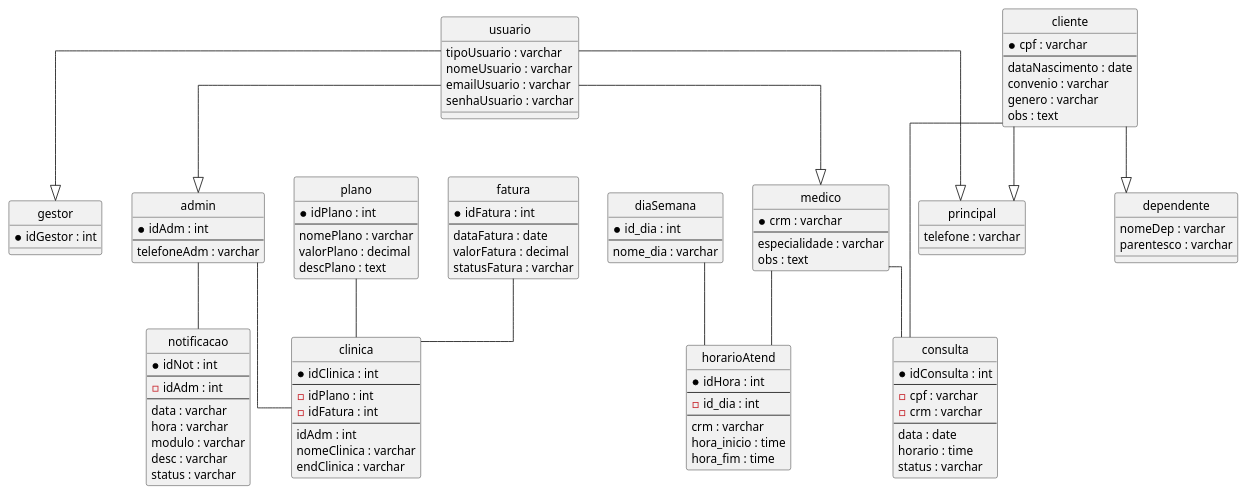
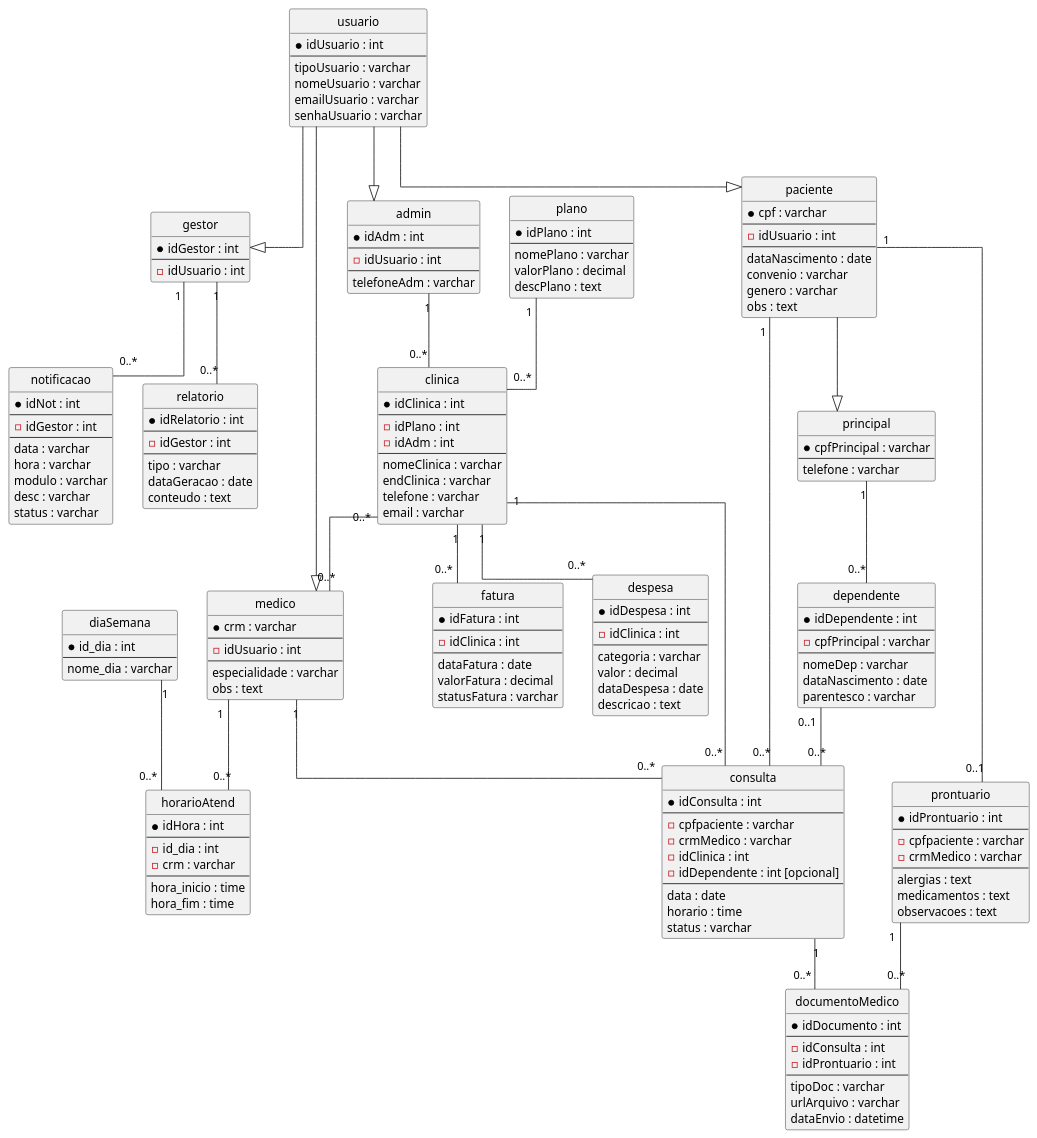
One commit to InsaneCaio/SICA changed the diagram in docs/diagrama ER.md. Above: the diagram before and after it, drawn with PlantUML. The commit also changed other lines of this file, not shown here.

Commit message:
Update ER diagram with new entities and relationships

````diff
--- a/docs/diagrama ER.md
+++ b/docs/diagrama ER.md
@@ -10,6 +11,8 @@
 skinparam linetype ortho
 
 entity "usuario" as usuario {
+    * idUsuario : int
+    --
     tipoUsuario : varchar
     nomeUsuario : varchar
     emailUsuario : varchar
@@ -18,22 +21,14 @@
 
 entity "gestor" as gestor {
     * idGestor : int
-}
-
-entity "notificacao" as notificacao {
-    * idNot : int
     --
-    - idAdm : int
-    --
-    data : varchar
-    hora : varchar
-    modulo : varchar
-    desc : varchar
-    status : varchar
+    - idUsuario : int
 }
 
 entity "admin" as admin {
     * idAdm : int
+    --
+    - idUsuario : int
     --
     telefoneAdm : varchar
 }
@@ -41,8 +36,49 @@
 entity "medico" as medico {
     * crm : varchar
     --
+    - idUsuario : int
+    --
     especialidade : varchar
     obs : text
+}
+
+entity "paciente" as paciente {
+    * cpf : varchar
+    --
+    - idUsuario : int
+    --
+    dataNascimento : date
+    convenio : varchar
+    genero : varchar
+    obs : text
+}
+
+entity "principal" as principal {
+    * cpfPrincipal : varchar
+    --
+    telefone : varchar
+}
+
+entity "dependente" as dependente {
+    * idDependente : int
+    --
+    - cpfPrincipal : varchar
+    --
+    nomeDep : varchar
+    dataNascimento : date
+    parentesco : varchar
+}
+
+entity "notificacao" as notificacao {
+    * idNot : int
+    --
+    - idGestor : int
+    --
+    data : varchar
+    hora : varchar
+    modulo : varchar
+    desc : varchar
+    status : varchar
 }
 
 entity "diaSemana" as diaSemana {
@@ -55,28 +91,10 @@
     * idHora : int
     --
     - id_dia : int
+    - crm : varchar
     --
-    crm : varchar
     hora_inicio : time
     hora_fim : time
-}
-
-entity "cliente" as cliente {
-    * cpf : varchar
-    --
-    dataNascimento : date
-    convenio : varchar
-    genero : varchar
-    obs : text
-}
-
-entity "principal" as principal {
-    telefone : varchar
-}
-
-entity "dependente" as dependente {
-    nomeDep : varchar
-    parentesco : varchar
 }
 
 entity "plano" as plano {
@@ -91,51 +109,110 @@
     * idClinica : int
     --
     - idPlano : int
-    - idFatura : int
+    - idAdm : int
     --
-    idAdm : int
     nomeClinica : varchar
     endClinica : varchar
+    telefone : varchar
+    email : varchar
 }
 
 entity "fatura" as fatura {
     * idFatura : int
+    --
+    - idClinica : int
     --
     dataFatura : date
     valorFatura : decimal
     statusFatura : varchar
 }
 
+entity "despesa" as despesa {
+    * idDespesa : int
+    --
+    - idClinica : int
+    --
+    categoria : varchar
+    valor : decimal
+    dataDespesa : date
+    descricao : text
+}
+
+entity "relatorio" as relatorio {
+    * idRelatorio : int
+    --
+    - idGestor : int
+    --
+    tipo : varchar
+    dataGeracao : date
+    conteudo : text
+}
+
 entity "consulta" as consulta {
     * idConsulta : int
     --
-    - cpf : varchar
-    - crm : varchar
+    - cpfpaciente : varchar
+    - crmMedico : varchar
+    - idClinica : int
+    - idDependente : int [opcional]
     --
     data : date
     horario : time
     status : varchar
 }
 
+entity "prontuario" as prontuario {
+    * idProntuario : int
+    --
+    - cpfpaciente : varchar
+    - crmMedico : varchar
+    --
+    alergias : text
+    medicamentos : text
+    observacoes : text
+}
+
+entity "documentoMedico" as documentoMedico {
+    * idDocumento : int
+    --
+    - idConsulta : int
+    - idProntuario : int
+    --
+    tipoDoc : varchar
+    urlArquivo : varchar
+    dataEnvio : datetime
+}
+
 ' HERANÇA
 usuario --|> gestor
 usuario --|> admin
 usuario --|> medico
-usuario --|> principal
+usuario --|> paciente
 
-cliente --|> principal
-cliente --|> dependente
+paciente --|> principal
 
 ' RELACIONAMENTOS
-medico -- horarioAtend
-diaSemana -- horarioAtend
+principal "1" -- "0..*" dependente
+medico "1" -- "0..*" horarioAtend
+diaSemana "1" -- "0..*" horarioAtend
 
-plano -- clinica
-admin -- clinica
-admin -- notificacao
-fatura -- clinica
+plano "1" -- "0..*" clinica
+admin "1" -- "0..*" clinica
+gestor "1" -- "0..*" notificacao
+gestor "1" -- "0..*" relatorio
 
-cliente -- consulta
-medico -- consulta
+clinica "1" -- "0..*" fatura
+clinica "1" -- "0..*" despesa
+clinica "0..*" -- "0..*" medico
+
+paciente "1" -- "0..*" consulta
+medico "1" -- "0..*" consulta
+clinica "1" -- "0..*" consulta
+dependente "0..1" -- "0..*" consulta
+
+paciente "1" -- "0..1" prontuario
+prontuario "1" -- "0..*" documentoMedico
+consulta "1" -- "0..*" documentoMedico
+
 @enduml
 ```
````
